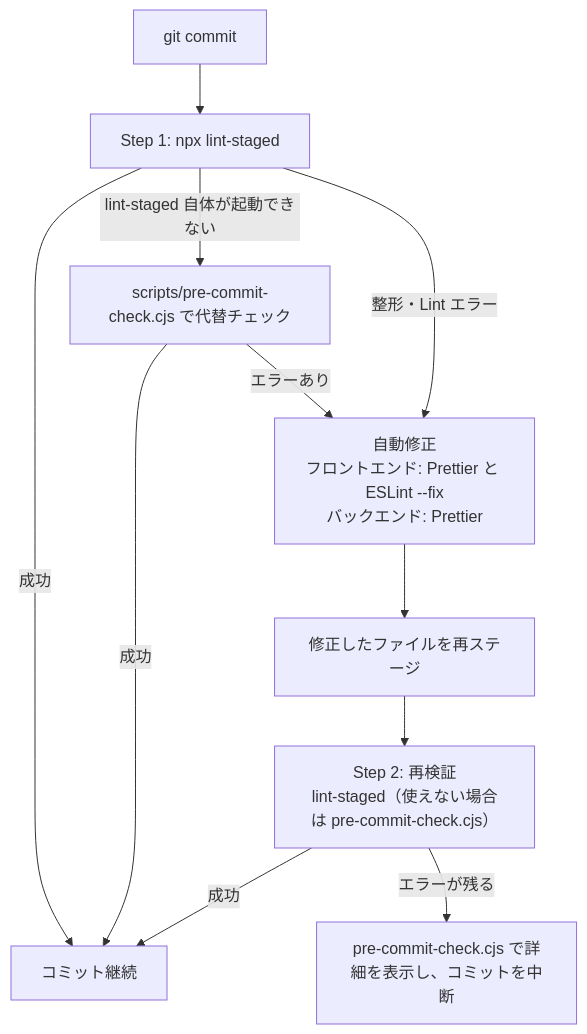
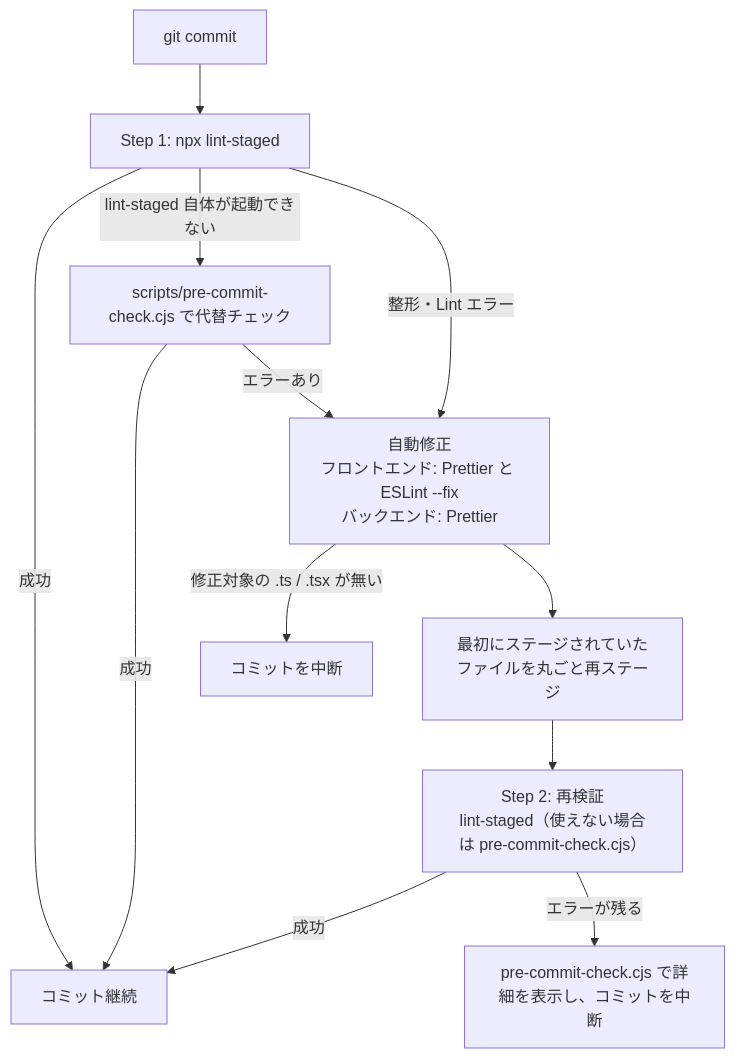
Before and after one commit to takamurayuki/rapitas: the diagram in docs/pre-commit-guide.md, drawn with Mermaid. The commit also changed other lines of this file, not shown here.

````diff
--- a/docs/pre-commit-guide.md
+++ b/docs/pre-commit-guide.md
@@ -29,13 +29,14 @@
 ```mermaid
 flowchart TD
   A["git commit"] --> B["Step 1: npx lint-staged"]
   B -->|成功| OK["コミット継続"]
   B -->|lint-staged 自体が起動できない| F["scripts/pre-commit-check.cjs で代替チェック"]
   F -->|成功| OK
   F -->|エラーあり| C
   B -->|整形・Lint エラー| C["自動修正<br/>フロントエンド: Prettier と ESLint --fix<br/>バックエンド: Prettier"]
-  C --> D["修正したファイルを再ステージ"]
+  C -->|"修正対象の .ts / .tsx が無い"| X["コミットを中断"]
+  C --> D["最初にステージされていたファイルを丸ごと再ステージ"]
   D --> E["Step 2: 再検証<br/>lint-staged（使えない場合は pre-commit-check.cjs）"]
   E -->|成功| OK
   E -->|エラーが残る| G["pre-commit-check.cjs で詳細を表示し、コミットを中断"]
 ```
````
